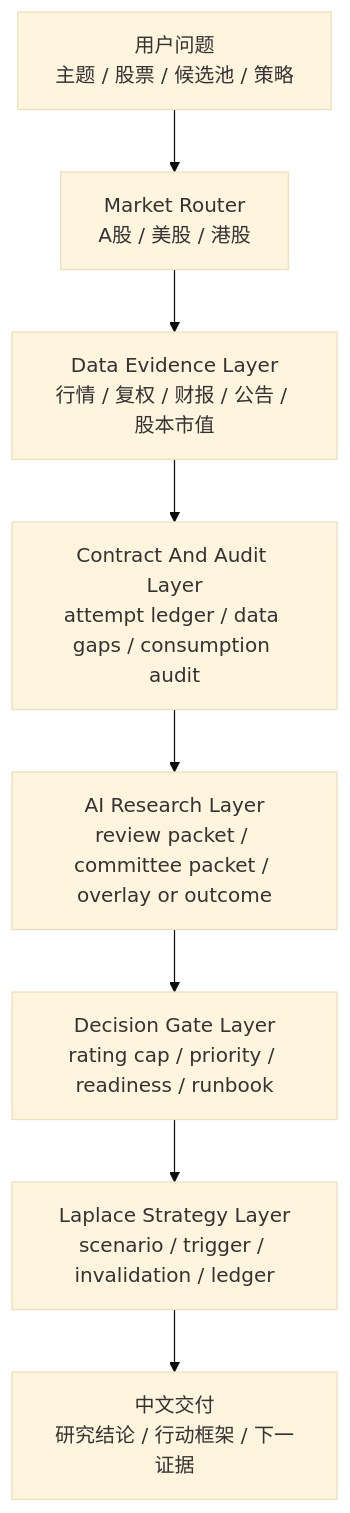
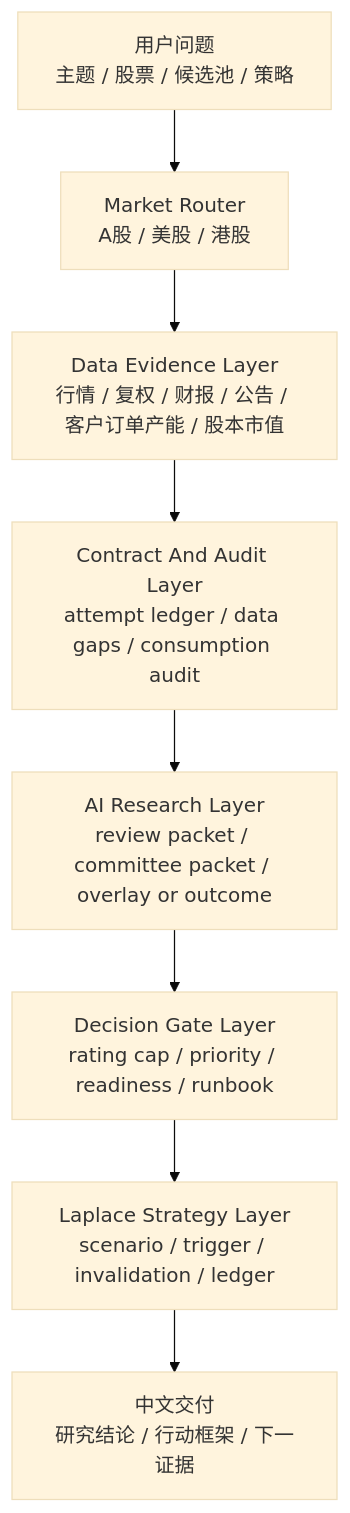
The first of 2 diagrams in README.md (lucisxu6-cpu/serenity-chan), drawn with Mermaid (base theme) before and after one commit. The commit also changed other lines of this file and 24 other files, not shown here.

Commit message:
Strengthen Serenity research decision architecture

````diff
--- a/README.md
+++ b/README.md
@@ -28,10 +28,10 @@
 ```mermaid
 flowchart TB
   A["用户问题<br/>主题 / 股票 / 候选池 / 策略"] --> B["Market Router<br/>A股 / 美股 / 港股"]
-  B --> C["Data Evidence Layer<br/>行情 / 复权 / 财报 / 公告 / 股本市值"]
+  B --> C["Data Evidence Layer<br/>行情 / 复权 / 财报 / 公告 / 客户订单产能 / 股本市值"]
   C --> D["Contract And Audit Layer<br/>attempt ledger / data gaps / consumption audit"]
   D --> E["AI Research Layer<br/>review packet / committee packet / overlay or outcome"]
   E --> F["Decision Gate Layer<br/>rating cap / priority / readiness / runbook"]
   F --> G["Laplace Strategy Layer<br/>scenario / trigger / invalidation / ledger"]
   G --> H["中文交付<br/>研究结论 / 行动框架 / 下一证据"]
 ```
````
